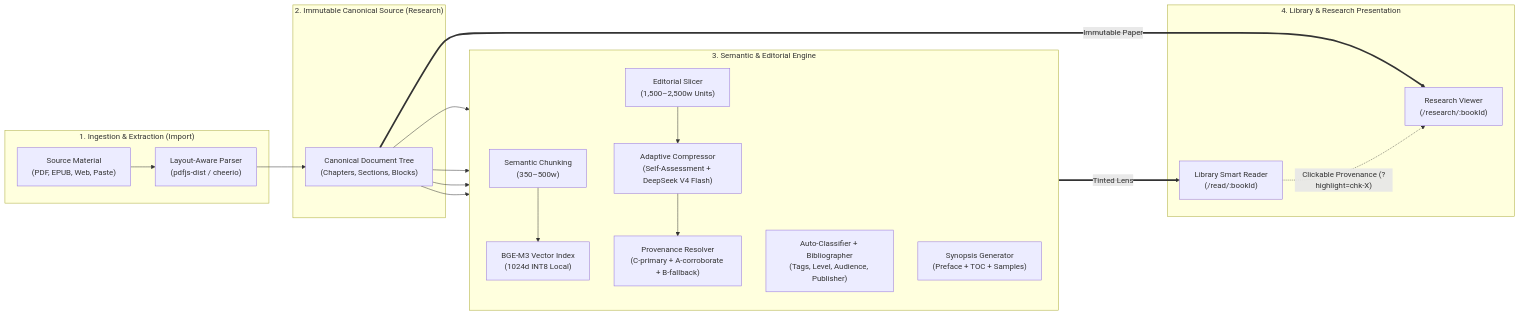
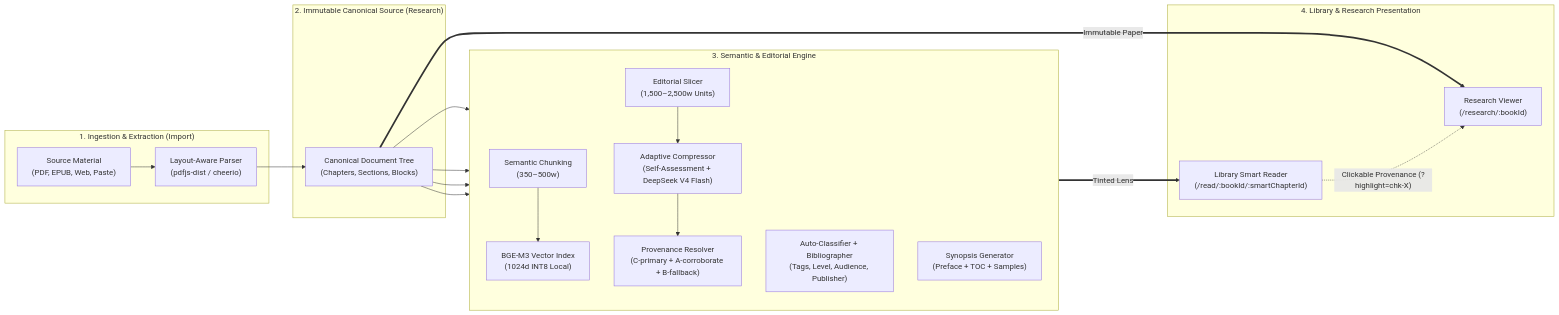
Before and after one commit to avengersvstheflash/Smart-Reader: the diagram in README.md, drawn with Mermaid. The commit also changed other lines of this file, not shown here.

Commit message:
docs: update README for Phase 5.5 close + reshape 5.7 roadmap

````diff
--- a/README.md
+++ b/README.md
@@ -121,35 +123,35 @@
 ```mermaid
 flowchart LR
     subgraph INGESTION [" 1. Ingestion & Extraction (Import) "]
         RawDoc["Source Material\n(PDF, EPUB, Web, Paste)"]
         Parser["Layout-Aware Parser\n(pdfjs-dist / cheerio)"]
         RawDoc --> Parser
     end
 
     subgraph CANONICAL [" 2. Immutable Canonical Source (Research) "]
         Canon["Canonical Document Tree\n(Chapters, Sections, Blocks)"]
         Parser --> Canon
     end
 
     subgraph PIPELINE [" 3. Semantic & Editorial Engine "]
         direction TB
         Chunker["Semantic Chunking\n(350–500w)"]
         Embedder["BGE-M3 Vector Index\n(1024d INT8 Local)"]
         Classifier["Auto-Classifier + Bibliographer\n(Tags, Level, Audience, Publisher)"]
         Synopsis["Synopsis Generator\n(Preface + TOC + Samples)"]
         Planner["Editorial Slicer\n(1,500–2,500w Units)"]
         Compressor["Adaptive Compressor\n(Self-Assessment + DeepSeek V4 Flash)"]
         ProvResolver["Provenance Resolver\n(C-primary + A-corroborate + B-fallback)"]
 
         Canon --> Chunker --> Embedder
         Canon --> Classifier
         Canon --> Synopsis
         Canon --> Planner --> Compressor --> ProvResolver
     end
 
     subgraph PRESENTATION [" 4. Library & Research Presentation "]
         Canon ===>|"Immutable Paper"| ResearchViewer["Research Viewer\n(/research/:bookId)"]
-        ProvResolver ===>|"Tinted Lens"| LibraryReader["Library Smart Reader\n(/read/:bookId)"]
+        ProvResolver ===>|"Tinted Lens"| LibraryReader["Library Smart Reader\n(/read/:bookId/:smartChapterId)"]
         LibraryReader -.->|"Clickable Provenance (?highlight=chk-X)"| ResearchViewer
     end
 ```
````
